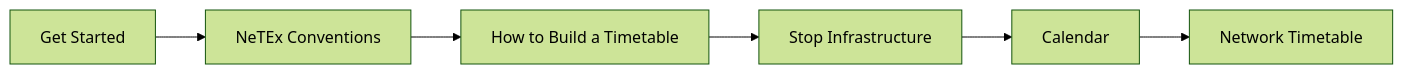
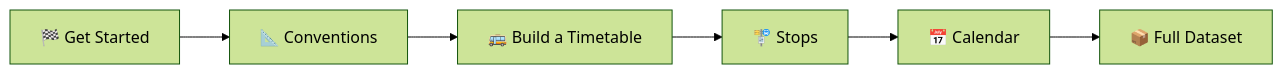
The diagram in README.md (hfjelstad/NeTEx-Nordic), drawn with Mermaid (forest theme) before and after one commit. The commit also changed other lines of this file and 1 other file, not shown here.

````diff
--- a/README.md
+++ b/README.md
@@ -40,8 +33,8 @@
 ```mermaid
 flowchart LR
-    A[Get Started] --> B[NeTEx Conventions]
-    B --> C[How to Build a Timetable]
-    C --> D[Stop Infrastructure]
-    D --> E[Calendar]
-    E --> F[Network Timetable]
+    A["🏁 Get Started"] --> B["📐 Conventions"]
+    B --> C["🚌 Build a Timetable"]
+    C --> D["🚏 Stops"]
+    D --> E["📅 Calendar"]
+    E --> F["📦 Full Dataset"]
 ```
````
